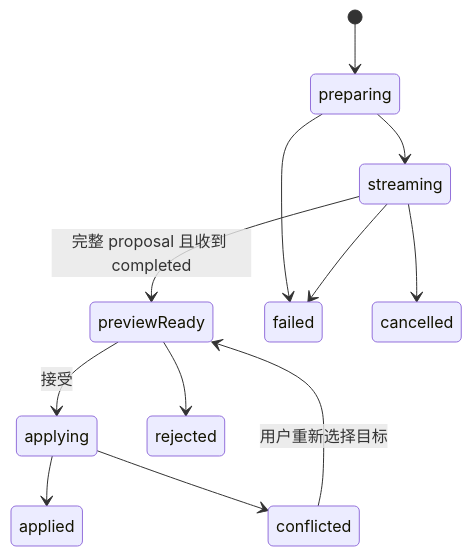
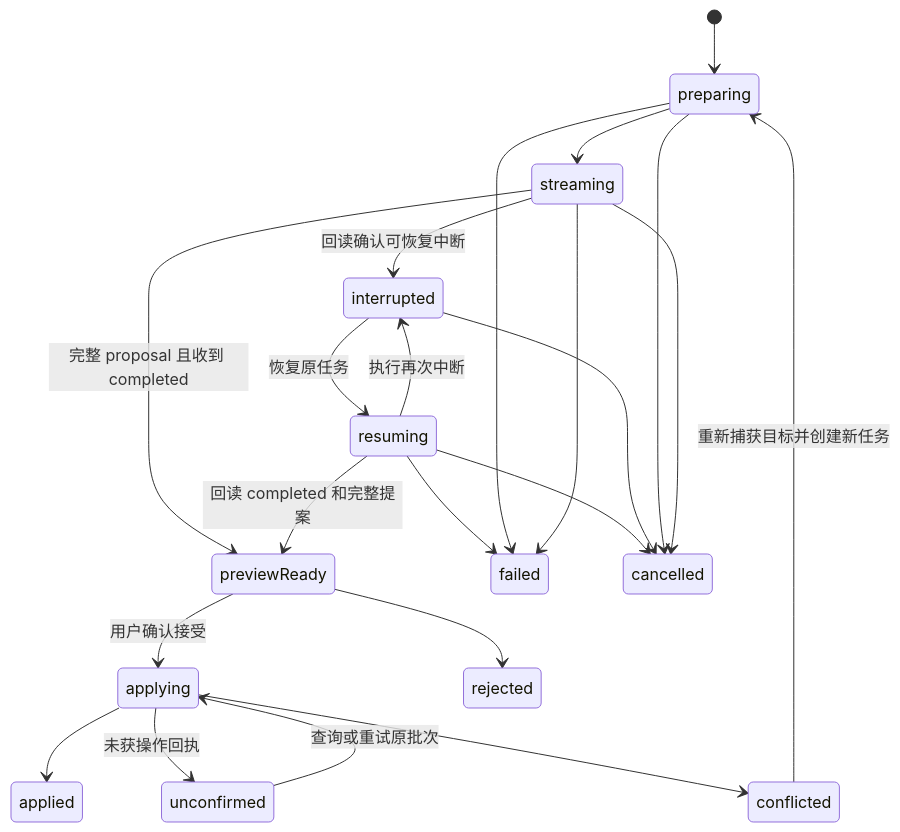
The diagram in docs/packages/editor-ai-bridge.md (hu-bo/zhishu), drawn with Mermaid before and after one commit. The commit also changed other lines of this file and 798 other files, not shown here.

````diff
--- a/docs/packages/editor-ai-bridge.md
+++ b/docs/packages/editor-ai-bridge.md
@@ -57,14 +69,24 @@
 ```mermaid
 stateDiagram-v2
   [*] --> preparing
   preparing --> streaming
   streaming --> previewReady: 完整 proposal 且收到 completed
-  previewReady --> applying: 接受
+  streaming --> interrupted: 回读确认可恢复中断
+  interrupted --> resuming: 恢复原任务
+  resuming --> previewReady: 回读 completed 和完整提案
+  resuming --> interrupted: 执行再次中断
+  resuming --> failed
+  resuming --> cancelled
+  interrupted --> cancelled
+  previewReady --> applying: 用户确认接受
   applying --> applied
+  applying --> unconfirmed: 未获操作回执
+  unconfirmed --> applying: 查询或重试原批次
   previewReady --> rejected
   applying --> conflicted
   preparing --> failed
+  preparing --> cancelled
   streaming --> failed
   streaming --> cancelled
-  conflicted --> previewReady: 用户重新选择目标
+  conflicted --> preparing: 重新捕获目标并创建新任务
 ```
````
